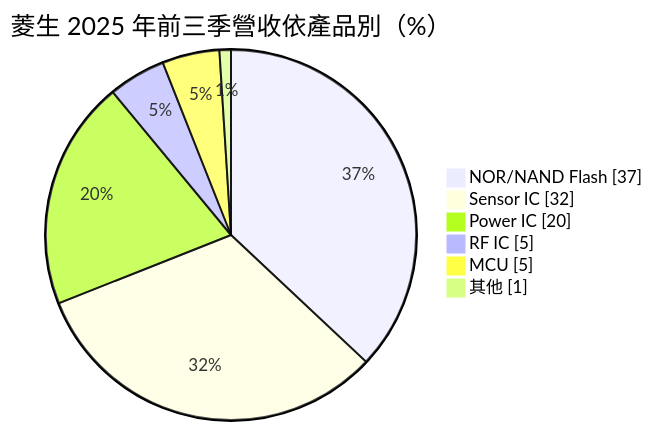
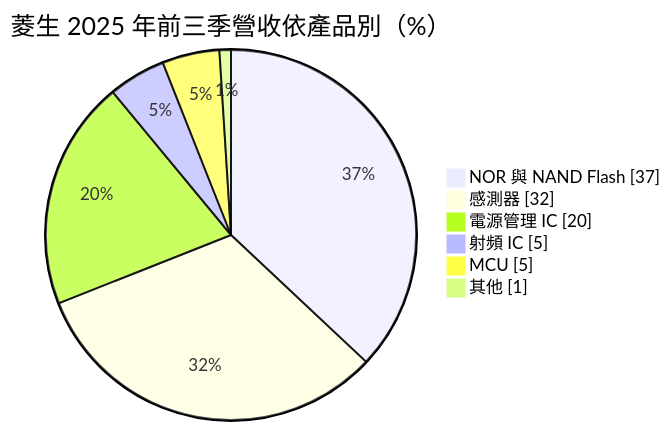
Before and after one commit to wangnick1004/taiwan-stock-vault: the first of 4 diagrams in 個股/台股/2369菱生.md, drawn with Mermaid. The commit also changed other lines of this file and 19 other files, not shown here.

````diff
--- a/個股/台股/2369菱生.md
+++ b/個股/台股/2369菱生.md
@@ -55,10 +55,10 @@
 ```mermaid
 pie showData
     title 菱生 2025 年前三季營收依產品別（%）
-    "NOR/NAND Flash" : 37
-    "Sensor IC" : 32
-    "Power IC" : 20
-    "RF IC" : 5
+    "NOR 與 NAND Flash" : 37
+    "感測器" : 32
+    "電源管理 IC" : 20
+    "射頻 IC" : 5
     "MCU" : 5
     "其他" : 1
 ```
````
